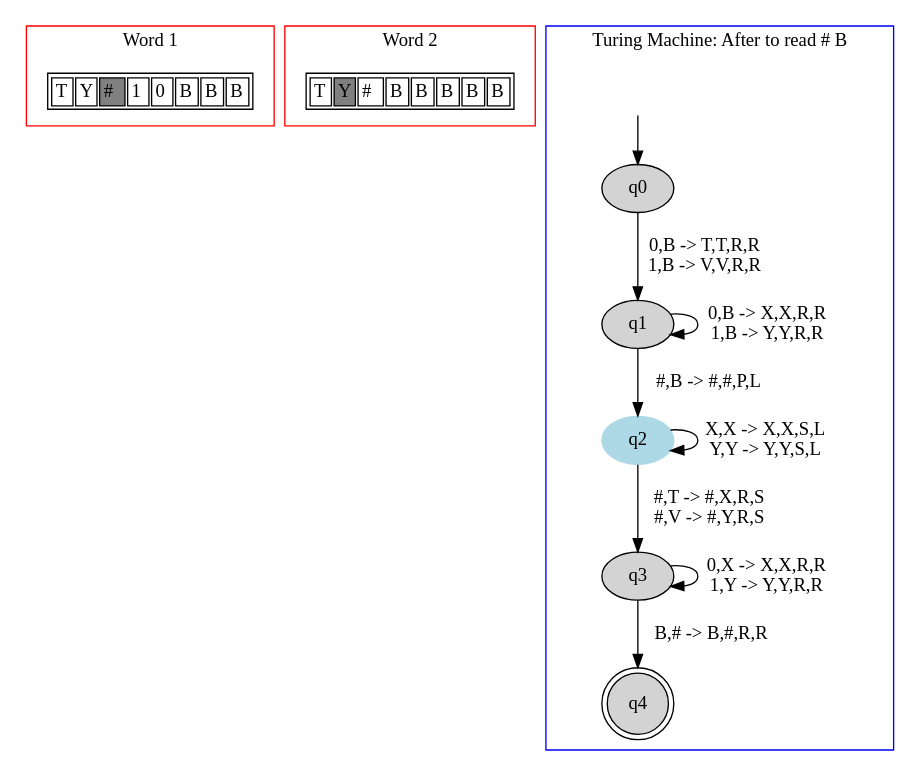
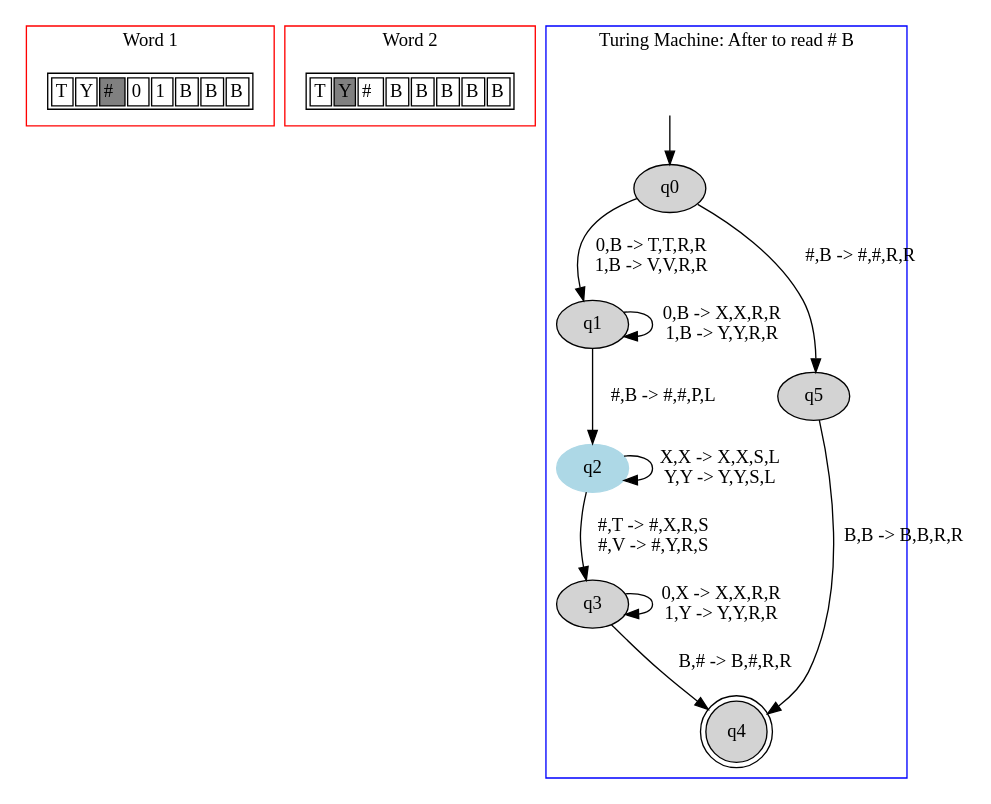
One commit to danielScLima/turing_machine_2_fitas changed the diagram in TM2FITAS/images/file4.dot. Above: the diagram before and after it, drawn with Graphviz. The commit also changed 13 other files, not shown here.

```diff
--- a/TM2FITAS/images/file4.dot
+++ b/TM2FITAS/images/file4.dot
@@ -1,62 +1,65 @@
 digraph G {
 	subgraph cluster_0 {
 		node [shape=plaintext];
 
 struct1 [label=<<TABLE>
 <TR>
 <TD><FONT>T</FONT></TD>
 <TD><FONT>Y</FONT></TD>
 <TD BGCOLOR="gray"><FONT>#</FONT></TD>
+<TD><FONT>0</FONT></TD>
 <TD><FONT>1</FONT></TD>
-<TD><FONT>0</FONT></TD>
 <TD><FONT>B</FONT></TD>
 <TD><FONT>B</FONT></TD>
 <TD><FONT>B</FONT></TD>
 </TR>
 </TABLE>>];
 label = "Word 1";
 color=red;
 }
 	subgraph cluster_2 {
 		node [shape=plaintext];
 
 struct2 [label=<<TABLE>
 <TR>
 <TD><FONT>T</FONT></TD>
 <TD BGCOLOR="gray"><FONT>Y</FONT></TD>
 <TD><FONT>#</FONT></TD>
 <TD><FONT>B</FONT></TD>
 <TD><FONT>B</FONT></TD>
 <TD><FONT>B</FONT></TD>
 <TD><FONT>B</FONT></TD>
 <TD><FONT>B</FONT></TD>
 </TR>
 </TABLE>>];
 label = "Word 2";
 color=red;
 }
 	subgraph cluster_1 {
 		node [style=filled];
 		label = "Turing Machine: After to read # B"
 		color=blue;
 
 		q0;
 		q1;
 		q2 [color="lightblue"];
 		q3;
 		q4 [shape="doublecircle"];
+		q5;
 		q0->q1[label="0,B -> T,T,R,R
 1,B -> V,V,R,R"];
+		q0->q5[label="#,B -> #,#,R,R"];
 		q1->q1[label="0,B -> X,X,R,R
 1,B -> Y,Y,R,R"];
 		q1->q2[label="#,B -> #,#,P,L"];
 		q2->q2[label="X,X -> X,X,S,L
 Y,Y -> Y,Y,S,L"];
 		q2->q3[label="#,T -> #,X,R,S
 #,V -> #,Y,R,S"];
 		q3->q3[label="0,X -> X,X,R,R
 1,Y -> Y,Y,R,R"];
 		q3->q4[label="B,# -> B,#,R,R"];
+		q5->q4[label="B,B -> B,B,R,R"];
 x [color=white, label=""];		x->q0	}
 
 }
```
